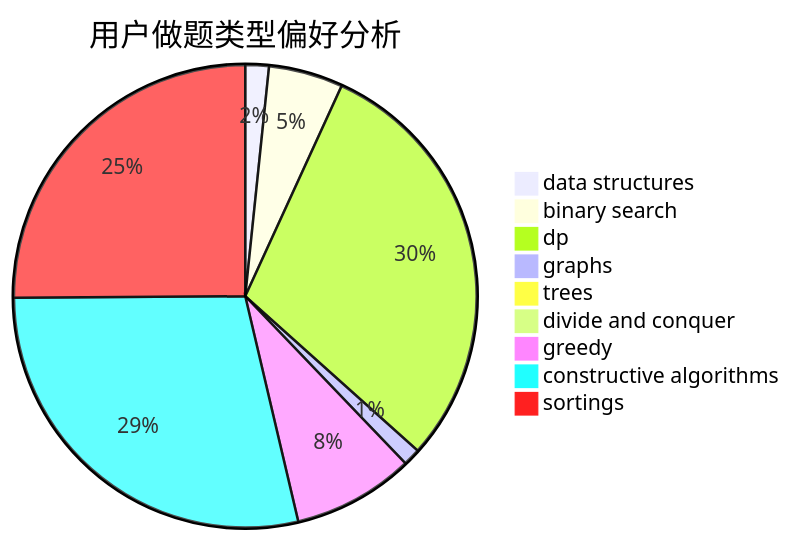
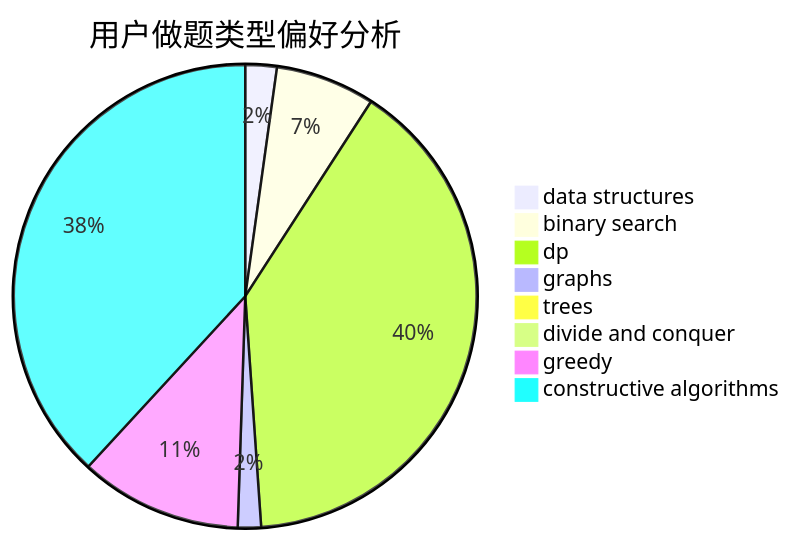
Before and after one commit to sherpahu/cfrs.github.io: the second of 3 diagrams in docs/user/u1840.md, drawn with Mermaid. The commit also changed other lines of this file and 2769 other files, not shown here.

````diff
--- a/docs/user/u1840.md
+++ b/docs/user/u1840.md
@@ -18,12 +18,11 @@
 ```mermaid
 pie title 用户做题类型偏好分析
     "data structures" :  19
     "binary search" :  60
     "dp" :  344
     "graphs" :  14
     "trees" :  0
     "divide and conquer" :  1
     "greedy" :  98
     "constructive algorithms" :  330
-    "sortings" :  290
 ```
````
